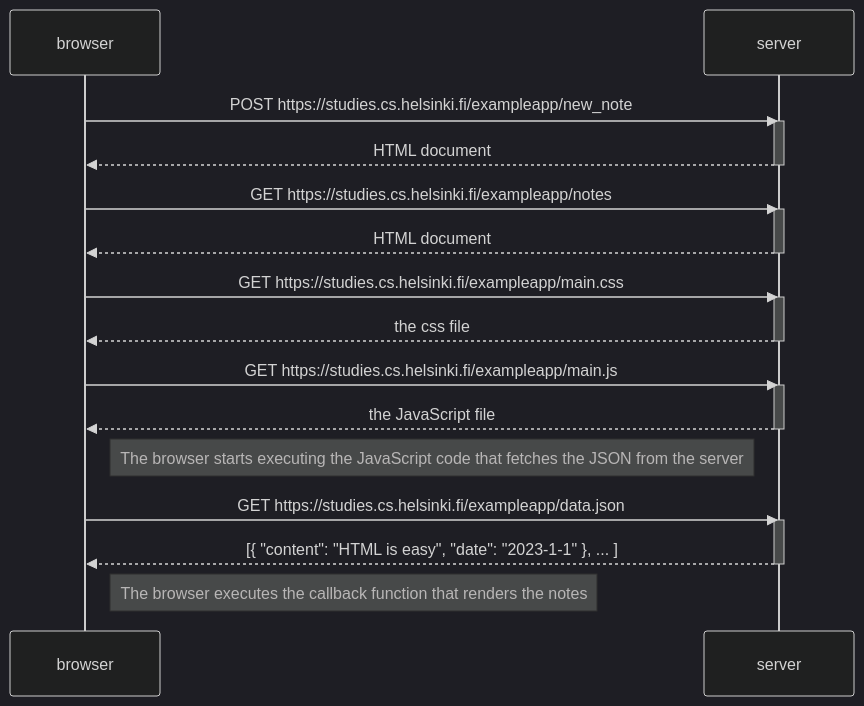
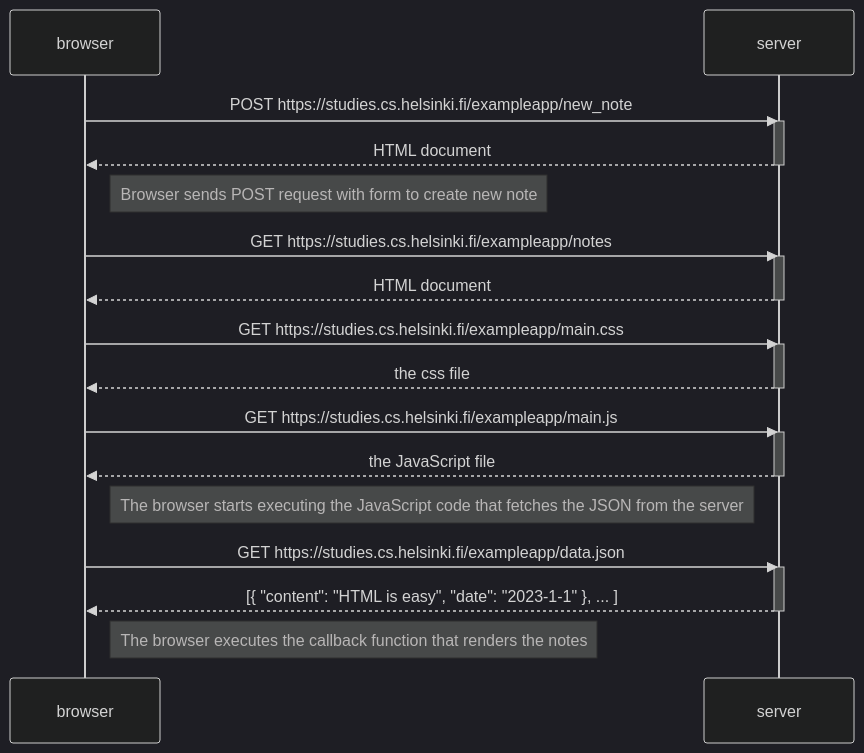
The diagram in Part0/Ex0-4.md (ortegaa32/FullStackOpen), drawn with Mermaid (dark theme) before and after one commit. The commit also changed 2 other files, not shown here.

Commit message:
Finish part 0 exercises

````diff
--- a/Part0/Ex0-4.md
+++ b/Part0/Ex0-4.md
@@ -1,34 +1,36 @@
 ```mermaid
 sequenceDiagram
     participant browser
     participant server
 
     browser ->> server: POST https://studies.cs.helsinki.fi/exampleapp/new_note
     activate server
     server -->> browser: HTML document
     deactivate server
+
+    Note right of browser: Browser sends POST request with form to create new note
 
     browser->>server: GET https://studies.cs.helsinki.fi/exampleapp/notes
     activate server
     server-->>browser: HTML document
     deactivate server
 
     browser->>server: GET https://studies.cs.helsinki.fi/exampleapp/main.css
     activate server
     server-->>browser: the css file
     deactivate server
 
     browser->>server: GET https://studies.cs.helsinki.fi/exampleapp/main.js
     activate server
     server-->>browser: the JavaScript file
     deactivate server
 
     Note right of browser: The browser starts executing the JavaScript code that fetches the JSON from the server
 
     browser->>server: GET https://studies.cs.helsinki.fi/exampleapp/data.json
     activate server
     server-->>browser: [{ "content": "HTML is easy", "date": "2023-1-1" }, ... ]
     deactivate server
 
     Note right of browser: The browser executes the callback function that renders the notes
 ```
````
